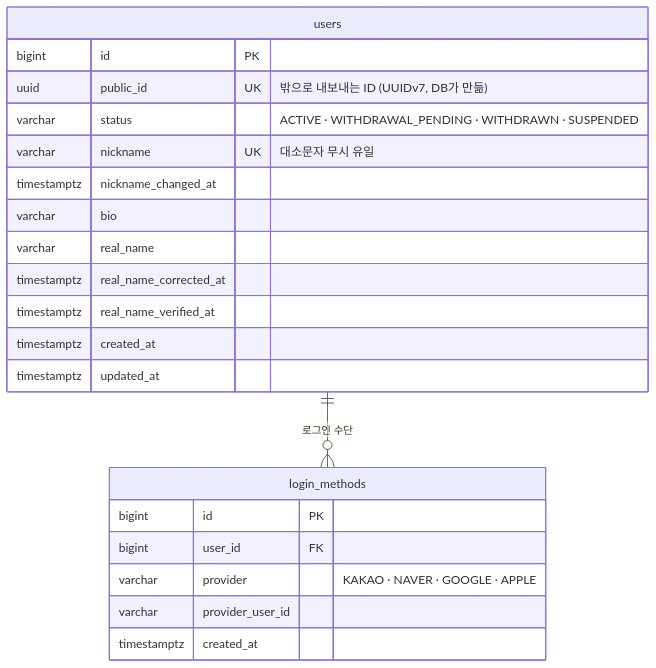
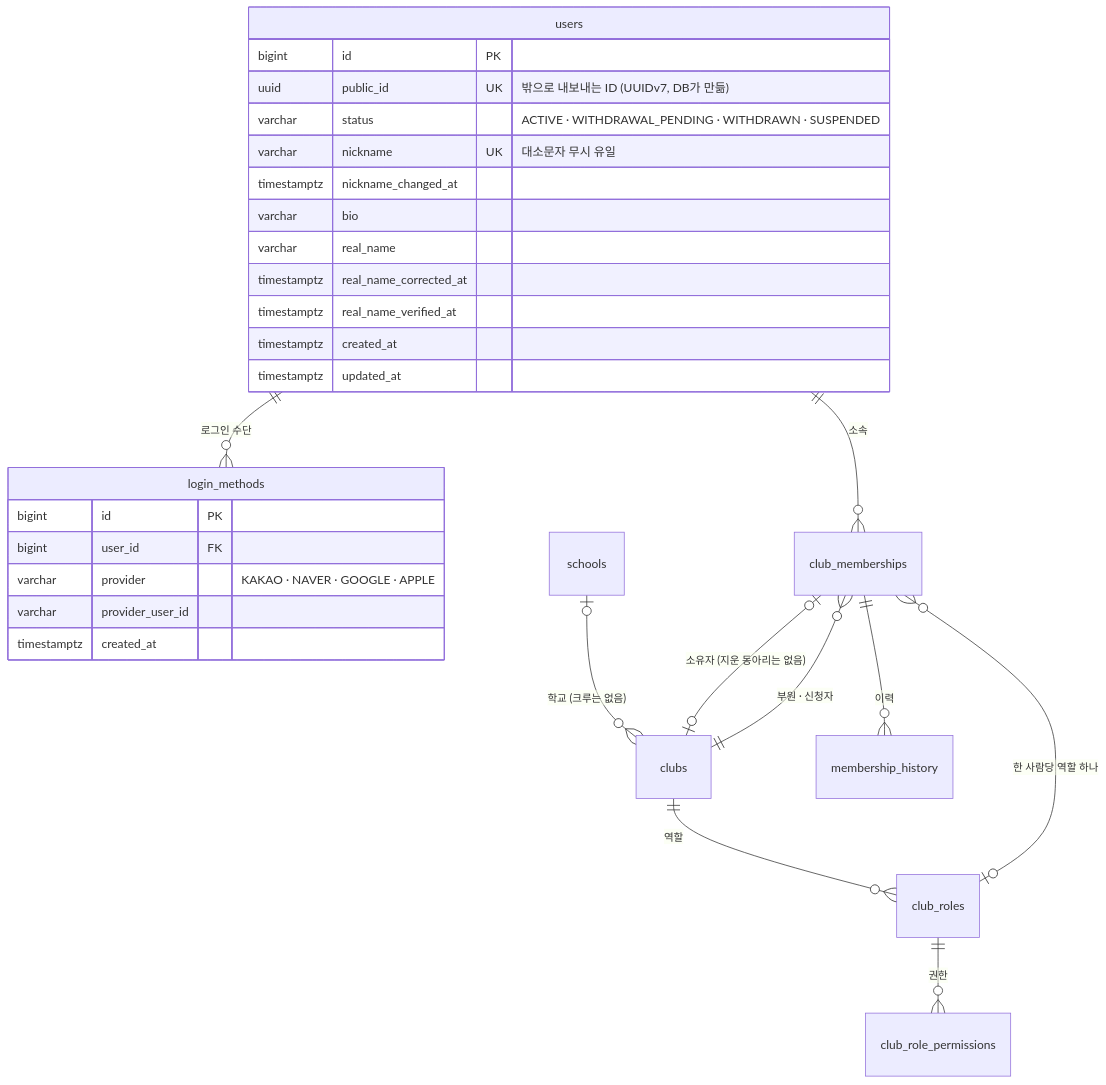
The diagram in docs/db.md (baggytsk/scene), drawn with Mermaid before and after one commit. The commit also changed other lines of this file and 20 other files, not shown here.

````diff
--- a/docs/db.md
+++ b/docs/db.md
@@ -8,26 +8,34 @@
 ```mermaid
 erDiagram
     users ||--o{ login_methods : "로그인 수단"
+    users ||--o{ club_memberships : "소속"
+    schools |o--o{ clubs : "학교 (크루는 없음)"
+    clubs ||--o{ club_memberships : "부원 · 신청자"
+    clubs ||--o{ club_roles : "역할"
+    club_roles ||--o{ club_role_permissions : "권한"
+    club_roles |o--o{ club_memberships : "한 사람당 역할 하나"
+    club_memberships |o--o| clubs : "소유자 (지운 동아리는 없음)"
+    club_memberships ||--o{ membership_history : "이력"
 
     users {
         bigint id PK
         uuid public_id UK "밖으로 내보내는 ID (UUIDv7, DB가 만듦)"
         varchar status "ACTIVE · WITHDRAWAL_PENDING · WITHDRAWN · SUSPENDED"
         varchar nickname UK "대소문자 무시 유일"
         timestamptz nickname_changed_at
         varchar bio
         varchar real_name
         timestamptz real_name_corrected_at
         timestamptz real_name_verified_at
         timestamptz created_at
         timestamptz updated_at
     }
 
     login_methods {
         bigint id PK
         bigint user_id FK
         varchar provider "KAKAO · NAVER · GOOGLE · APPLE"
         varchar provider_user_id
         timestamptz created_at
     }
 ```
````
